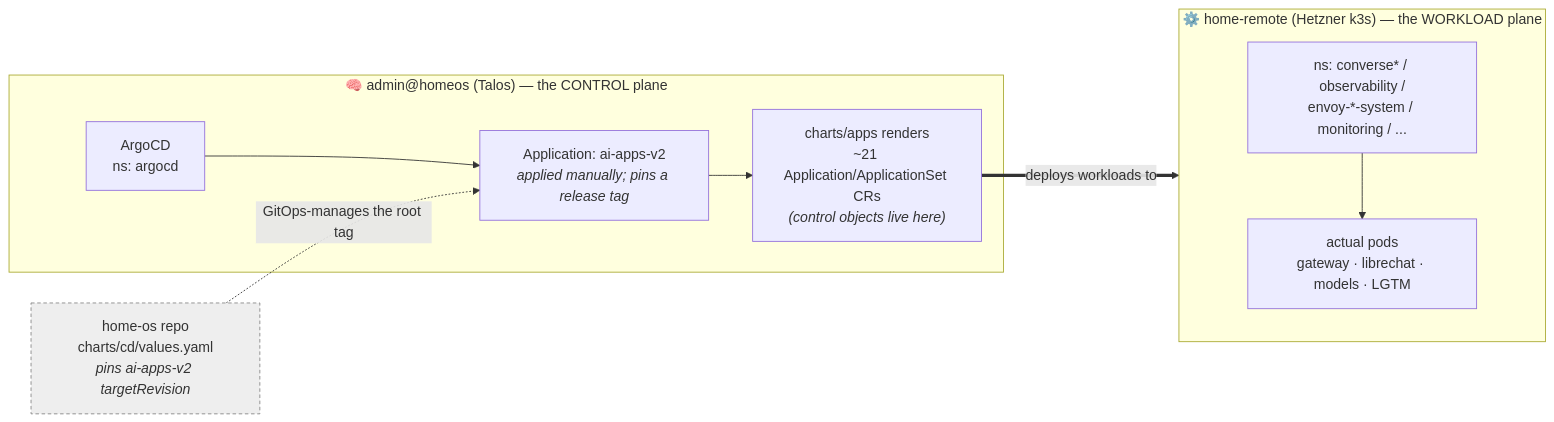
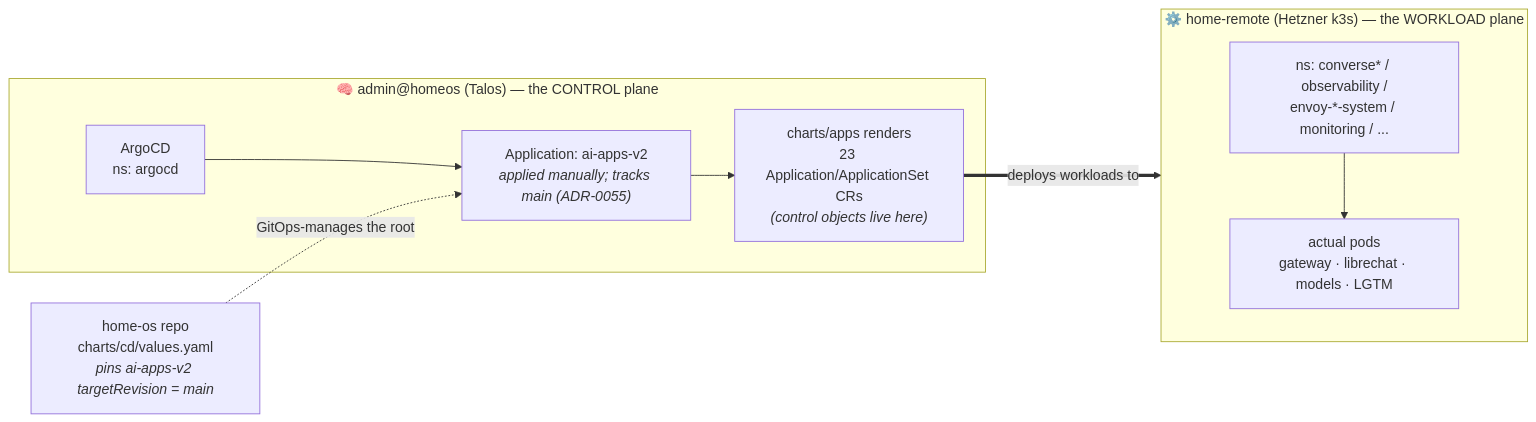
One commit to ADORSYS-GIS/ai-helm changed the first of 7 diagrams in docs/architecture/04-gitops-deployment.md. Above: the diagram before and after it, drawn with Mermaid. The commit also changed other lines of this file and 13 other files, not shown here.

First line of the commit message:
docs(architecture): uncolor all mermaid; refresh CD/components; add diagrams

````diff
--- a/docs/architecture/04-gitops-deployment.md
+++ b/docs/architecture/04-gitops-deployment.md
@@ -14,21 +14,20 @@
 ```mermaid
 flowchart LR
     subgraph cp["🧠 admin@homeos (Talos) — the CONTROL plane"]
         ARGOCD["ArgoCD<br/>ns: argocd"]
-        ROOT["Application: ai-apps-v2<br/><i>applied manually; pins a release tag</i>"]
-        APPS["charts/apps renders<br/>~21 Application/ApplicationSet CRs<br/><i>(control objects live here)</i>"]
+        ROOT["Application: ai-apps-v2<br/><i>applied manually; tracks main (ADR-0055)</i>"]
+        APPS["charts/apps renders<br/>23 Application/ApplicationSet CRs<br/><i>(control objects live here)</i>"]
         ARGOCD --> ROOT --> APPS
     end
 
     subgraph wl["⚙️ home-remote (Hetzner k3s) — the WORKLOAD plane"]
         NS1["ns: converse* / observability /<br/>envoy-*-system / monitoring / ..."]
         PODS["actual pods<br/>gateway · librechat · models · LGTM"]
         NS1 --> PODS
     end
 
-    HOMEOS["home-os repo<br/>charts/cd/values.yaml<br/><i>pins ai-apps-v2 targetRevision</i>"]:::ext
-    HOMEOS -.->|"GitOps-manages the root tag"| ROOT
+    HOMEOS["home-os repo<br/>charts/cd/values.yaml<br/><i>pins ai-apps-v2 targetRevision = main</i>"]
+    HOMEOS -.->|"GitOps-manages the root"| ROOT
     APPS ==>|"deploys workloads to"| wl
 
-    classDef ext fill:#eee,stroke:#888,color:#333,stroke-dasharray:4 3;
 ```
````
